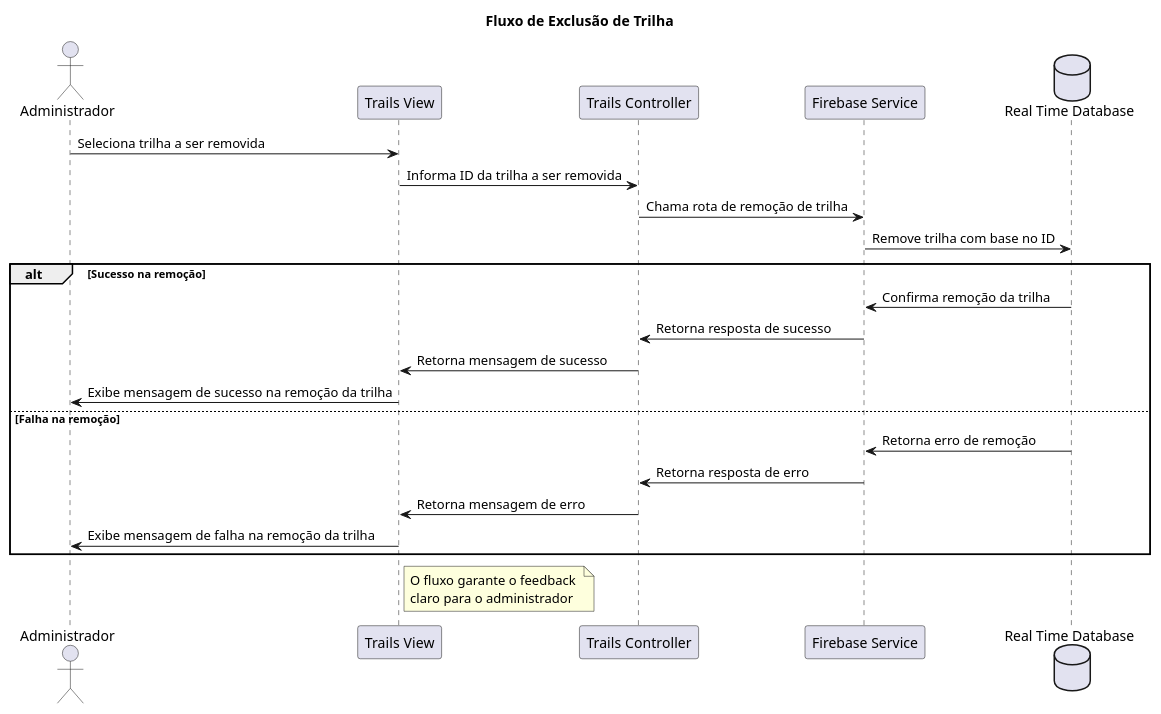
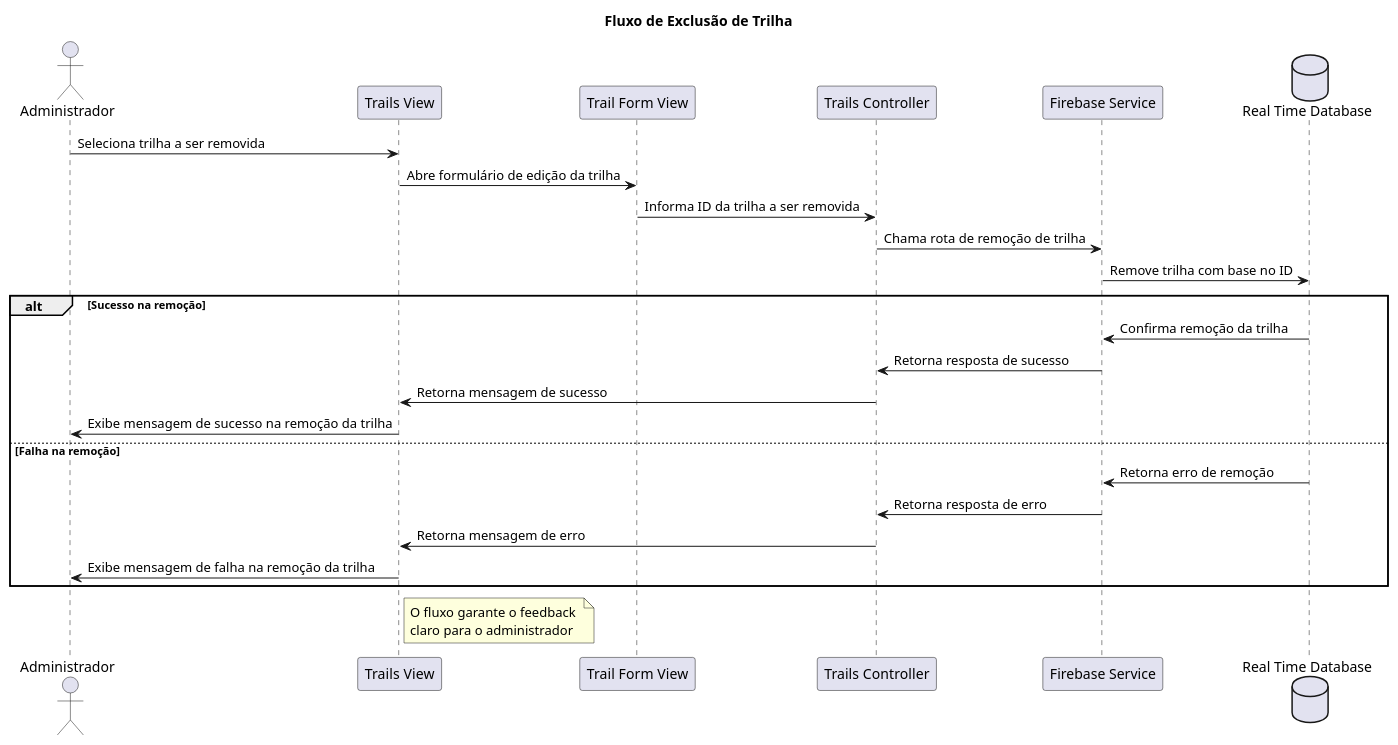
The diagram in docs/diagrams/src/sequence_diagrams/pe_na_pedra_sequence_diagram_3.plantuml (tiagors09/pe_na_pedra), drawn with PlantUML before and after one commit.

Commit message:
docs: :memo: add sequence diagram 3

```diff
--- a/docs/diagrams/src/sequence_diagrams/pe_na_pedra_sequence_diagram_3.plantuml
+++ b/docs/diagrams/src/sequence_diagrams/pe_na_pedra_sequence_diagram_3.plantuml
@@ -1,34 +1,36 @@
 @startuml pe_na_pedra_sequence_diagram_3
 
 title Fluxo de Exclusão de Trilha
 
 actor Administrador as adm
 
 participant "Trails View" as trailsView
+participant "Trail Form View" as trailFormView
 participant "Trails Controller" as trailsController
 participant "Firebase Service" as firebase
 database "Real Time Database" as realTimeDatabase
 
 adm -> trailsView : Seleciona trilha a ser removida
-trailsView -> trailsController : Informa ID da trilha a ser removida
+trailsView -> trailFormView : Abre formulário de edição da trilha
+trailFormView -> trailsController : Informa ID da trilha a ser removida
 trailsController -> firebase : Chama rota de remoção de trilha
 firebase -> realTimeDatabase : Remove trilha com base no ID
 
 alt Sucesso na remoção
   realTimeDatabase -> firebase: Confirma remoção da trilha
   firebase -> trailsController : Retorna resposta de sucesso
   trailsController -> trailsView : Retorna mensagem de sucesso
   trailsView -> adm : Exibe mensagem de sucesso na remoção da trilha
 else Falha na remoção
   realTimeDatabase -> firebase : Retorna erro de remoção
   firebase -> trailsController : Retorna resposta de erro
   trailsController -> trailsView : Retorna mensagem de erro
   trailsView -> adm : Exibe mensagem de falha na remoção da trilha
 end
 
 note right of trailsView
   O fluxo garante o feedback 
   claro para o administrador
 end note
 
 @enduml
```
